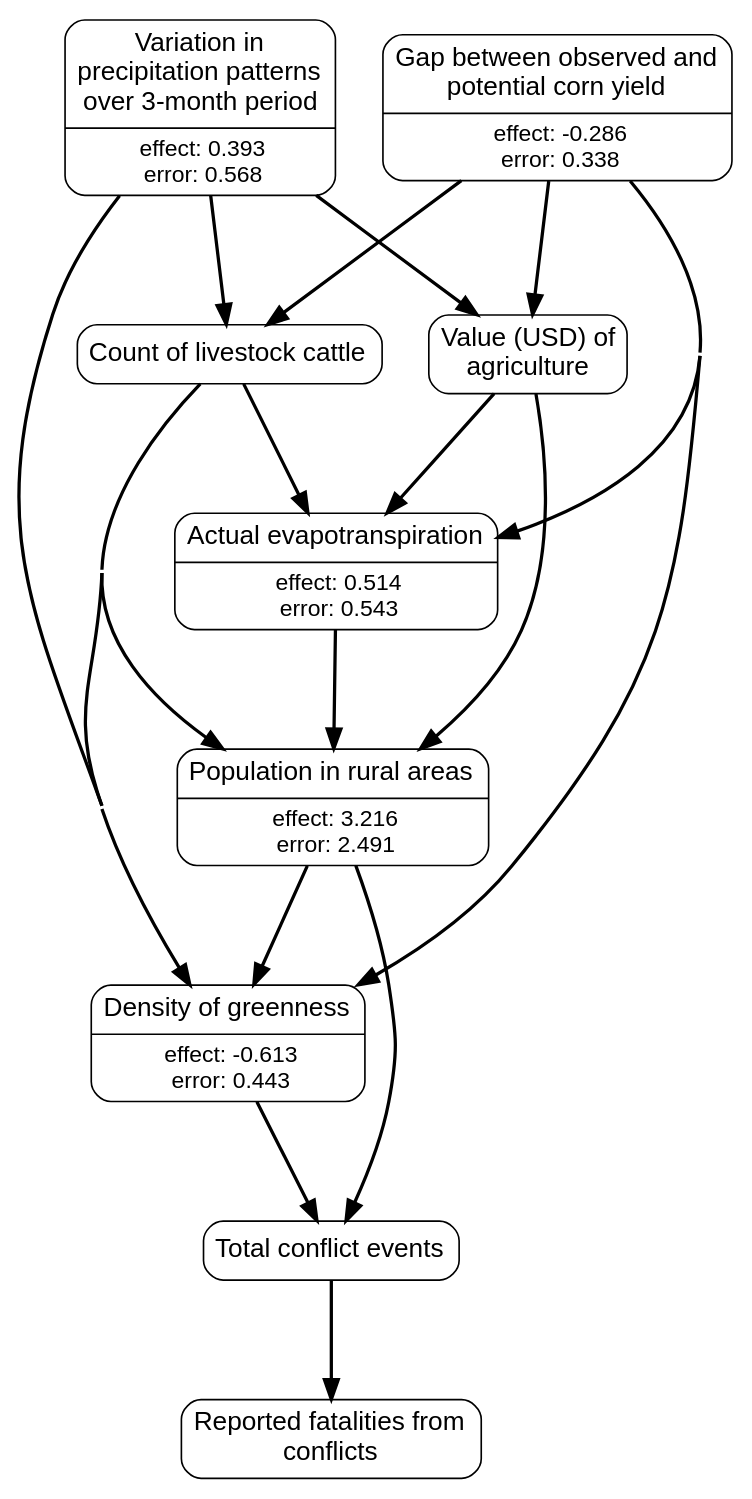
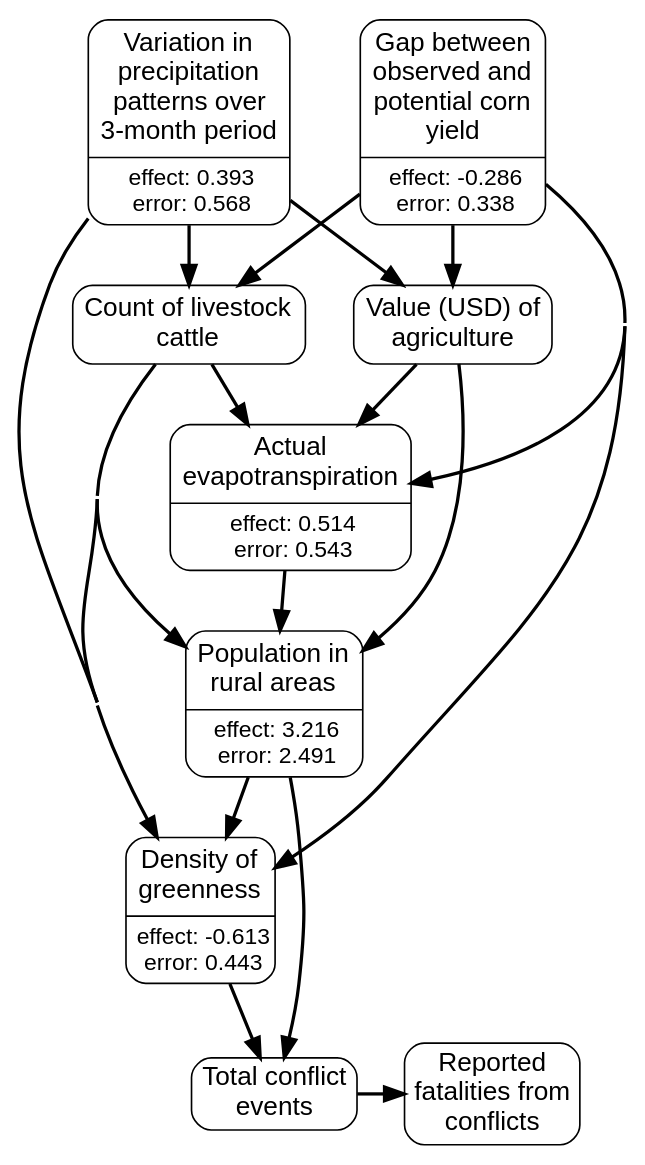
One commit to wri/wri-wpsi changed the diagram in app/javascript/images/regions/causal_graphs/sub-saharan_africa.gv. Above: the diagram before and after it, drawn with Graphviz. The commit also changed 14 other files, not shown here.

```diff
--- a/app/javascript/images/regions/causal_graphs/sub-saharan_africa.gv
+++ b/app/javascript/images/regions/causal_graphs/sub-saharan_africa.gv
@@ -1,69 +1,68 @@
 # generated file for region: sub-saharan_africa by CausalModelRegionGenerator
 strict digraph causalModel {
 nodesep = 0.4;
 concentrate = true;
 node[shape = Mrecord, fontname = "Helvetica, Arial, sans-serif", margin = "0.07,0.05", penwidth = 1.0];
 edge[arrowsize = 1.2, penwidth = 2];
-ranksep=1;
 
+#ranks
+{rank=same; spi_3_m yield_gap_maize_s; }
+{rank=same; acl_sum_evnt_m acl_sum_fatl_m; }
 # links
 et_actl_m_MAX_m -> rurpop_s;
 cattle_number_s -> et_actl_m_MAX_m;
 cattle_number_s -> rurpop_s;
 cattle_number_s -> ndvi_act_min_m;
 spi_3_m -> cattle_number_s;
 spi_3_m -> spam_V_agg_t_sum_s;
 spi_3_m -> ndvi_act_min_m;
 spam_V_agg_t_sum_s -> et_actl_m_MAX_m;
 spam_V_agg_t_sum_s -> rurpop_s;
 yield_gap_maize_s -> et_actl_m_MAX_m;
 yield_gap_maize_s -> cattle_number_s;
 yield_gap_maize_s -> spam_V_agg_t_sum_s;
 yield_gap_maize_s -> ndvi_act_min_m;
 rurpop_s -> ndvi_act_min_m;
 rurpop_s -> acl_sum_evnt_m;
 ndvi_act_min_m -> acl_sum_evnt_m;
 acl_sum_evnt_m -> acl_sum_fatl_m;
 # nodes
 et_actl_m_MAX_m [label = <{<table align="center" border="0" cellspacing="1" cellpadding="1">
-<tr><td><font point-size="16">Actual evapotranspiration</font></td></tr>
+<tr><td><font point-size="16">Actual<br/>evapotranspiration<br/></font></td></tr>
 </table>
 |<table border="0" cellspacing="1" cellpadding="0.5"><tr><td><font point-size="14">effect: 0.514</font></td></tr>
 <tr><td><font point-size="14">error: 0.543</font></td></tr></table>}>, class = rankB];
 cattle_number_s [label = <<table align="center" border="0" cellspacing="1" cellpadding="1">
-<tr><td><font point-size="16">Count of livestock cattle</font></td></tr>
+<tr><td><font point-size="16">Count of livestock<br/>cattle<br/></font></td></tr>
 </table>
 >, class = rankB];
 spi_3_m [label = <{<table align="center" border="0" cellspacing="1" cellpadding="1">
-<tr><td><font point-size="16">Variation in<br/>precipitation patterns<br/>over 3-month period<br/></font></td></tr>
+<tr><td><font point-size="16">Variation in<br/>precipitation<br/>patterns over<br/>3-month period<br/></font></td></tr>
 </table>
 |<table border="0" cellspacing="1" cellpadding="0.5"><tr><td><font point-size="14">effect: 0.393</font></td></tr>
 <tr><td><font point-size="14">error: 0.568</font></td></tr></table>}>, class = rankA];
 spam_V_agg_t_sum_s [label = <<table align="center" border="0" cellspacing="1" cellpadding="1">
 <tr><td><font point-size="16">Value (USD) of<br/>agriculture<br/></font></td></tr>
 </table>
 >, class = rankB];
 yield_gap_maize_s [label = <{<table align="center" border="0" cellspacing="1" cellpadding="1">
-<tr><td><font point-size="16">Gap between observed and<br/>potential corn yield<br/></font></td></tr>
+<tr><td><font point-size="16">Gap between<br/>observed and<br/>potential corn<br/>yield<br/></font></td></tr>
 </table>
 |<table border="0" cellspacing="1" cellpadding="0.5"><tr><td><font point-size="14">effect: -0.286</font></td></tr>
 <tr><td><font point-size="14">error: 0.338</font></td></tr></table>}>, class = rankA];
 rurpop_s [label = <{<table align="center" border="0" cellspacing="1" cellpadding="1">
-<tr><td><font point-size="16">Population in rural areas</font></td></tr>
+<tr><td><font point-size="16">Population in<br/>rural areas<br/></font></td></tr>
 </table>
 |<table border="0" cellspacing="1" cellpadding="0.5"><tr><td><font point-size="14">effect: 3.216</font></td></tr>
 <tr><td><font point-size="14">error: 2.491</font></td></tr></table>}>, class = rankB];
 ndvi_act_min_m [label = <{<table align="center" border="0" cellspacing="1" cellpadding="1">
-<tr><td><font point-size="16">Density of greenness</font></td></tr>
+<tr><td><font point-size="16">Density of<br/>greenness<br/></font></td></tr>
 </table>
 |<table border="0" cellspacing="1" cellpadding="0.5"><tr><td><font point-size="14">effect: -0.613</font></td></tr>
 <tr><td><font point-size="14">error: 0.443</font></td></tr></table>}>, class = rankB];
-acl_sum_evnt_m [label = <<table align="center" border="0" cellspacing="1" cellpadding="1">
-<tr><td><font point-size="16">Total conflict events</font></td></tr>
-</table>
->, class = rankC];
-acl_sum_fatl_m [label = <<table align="center" border="0" cellspacing="1" cellpadding="1">
-<tr><td><font point-size="16">Reported fatalities from<br/>conflicts<br/></font></td></tr>
-</table>
->, class = rankC];
+acl_sum_evnt_m [label = "Total conflict
+events", class = rankC, shape=box, style=rounded, fontsize="16pt"];
+acl_sum_fatl_m [label = "Reported
+fatalities from
+conflicts", class = rankC, shape=box, style=rounded, fontsize="16pt"];
 }
```
